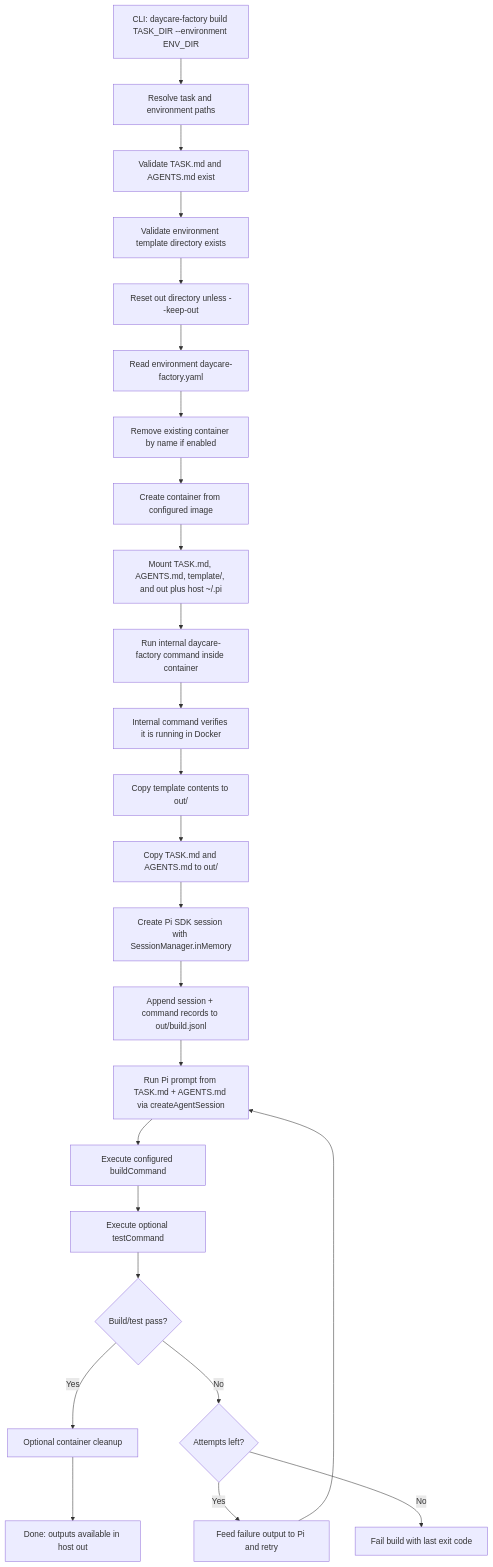
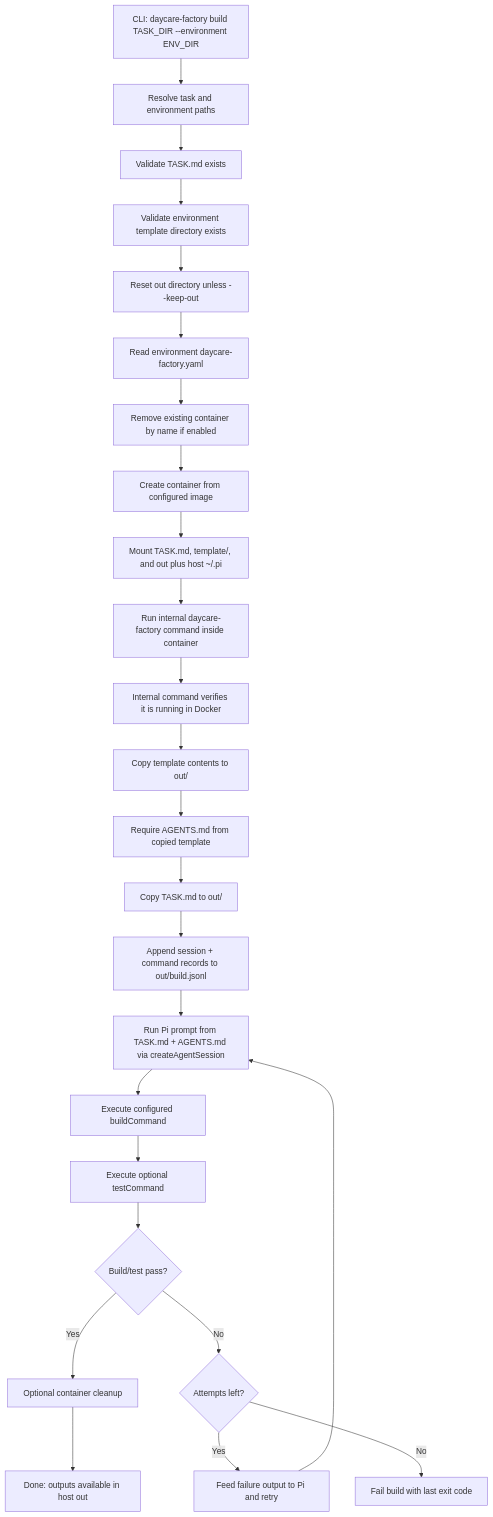
Before and after one commit to ex3ndr/daycare: the first of 2 diagrams in doc/internals/daycare-factory.md, drawn with Mermaid. The commit also changed other lines of this file and 16 other files, not shown here.

Commit message:
feat(daycare-factory): source AGENTS.md from environment template

````diff
--- a/doc/internals/daycare-factory.md
+++ b/doc/internals/daycare-factory.md
@@ -14,27 +14,27 @@
 ```mermaid
 flowchart TD
   A[CLI: daycare-factory build TASK_DIR --environment ENV_DIR] --> B[Resolve task and environment paths]
-  B --> C[Validate TASK.md and AGENTS.md exist]
+  B --> C[Validate TASK.md exists]
   C --> D[Validate environment template directory exists]
   D --> E[Reset out directory unless --keep-out]
   E --> F[Read environment daycare-factory.yaml]
   F --> G[Remove existing container by name if enabled]
   G --> H[Create container from configured image]
-  H --> I[Mount TASK.md, AGENTS.md, template/, and out plus host ~/.pi]
+  H --> I[Mount TASK.md, template/, and out plus host ~/.pi]
   I --> J[Run internal daycare-factory command inside container]
   J --> K[Internal command verifies it is running in Docker]
   K --> L[Copy template contents to out/]
-  L --> M[Copy TASK.md and AGENTS.md to out/]
-  M --> N[Create Pi SDK session with SessionManager.inMemory]
+  L --> M[Require AGENTS.md from copied template]
+  M --> N[Copy TASK.md to out/]
   N --> O[Append session + command records to out/build.jsonl]
   O --> P[Run Pi prompt from TASK.md + AGENTS.md via createAgentSession]
   P --> Q[Execute configured buildCommand]
   Q --> R[Execute optional testCommand]
   R --> S{Build/test pass?}
   S -- Yes --> T[Optional container cleanup]
   T --> U[Done: outputs available in host out]
   S -- No --> V{Attempts left?}
   V -- Yes --> W[Feed failure output to Pi and retry]
   W --> P
   V -- No --> X[Fail build with last exit code]
 ```
````
